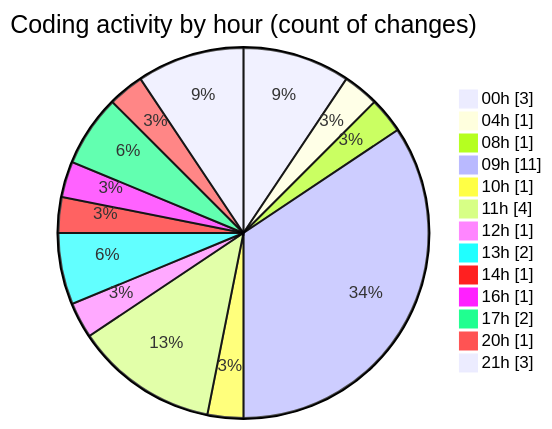
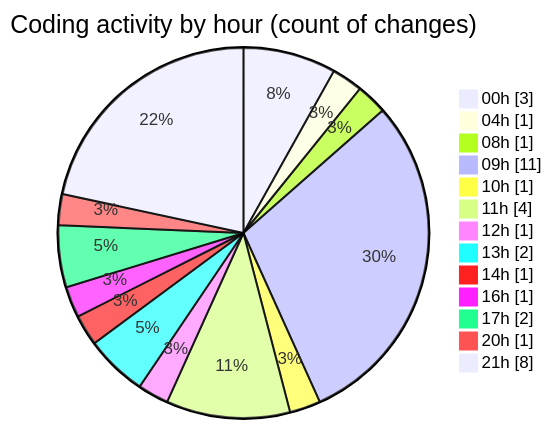
Before and after one commit to tmsrecording-cyber/code-tracking: the second of 2 diagrams in 2026-02-03/singularitybrainai/README.md, drawn with Mermaid. The commit also changed other lines of this file and 1 other file, not shown here.

````diff
--- a/2026-02-03/singularitybrainai/README.md
+++ b/2026-02-03/singularitybrainai/README.md
@@ -34,17 +34,17 @@
 ```mermaid
 pie showData
 title Coding activity by hour (count of changes)
 "00h" : 3
 "04h" : 1
 "08h" : 1
 "09h" : 11
 "10h" : 1
 "11h" : 4
 "12h" : 1
 "13h" : 2
 "14h" : 1
 "16h" : 1
 "17h" : 2
 "20h" : 1
-"21h" : 3
+"21h" : 8
 ```
````
